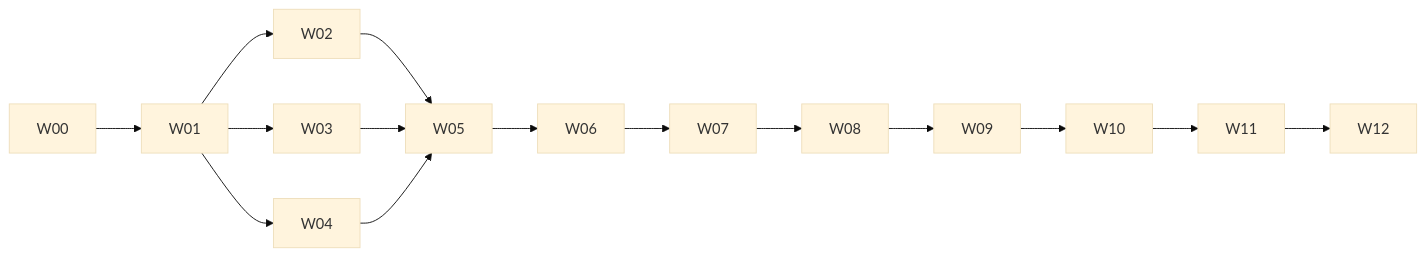
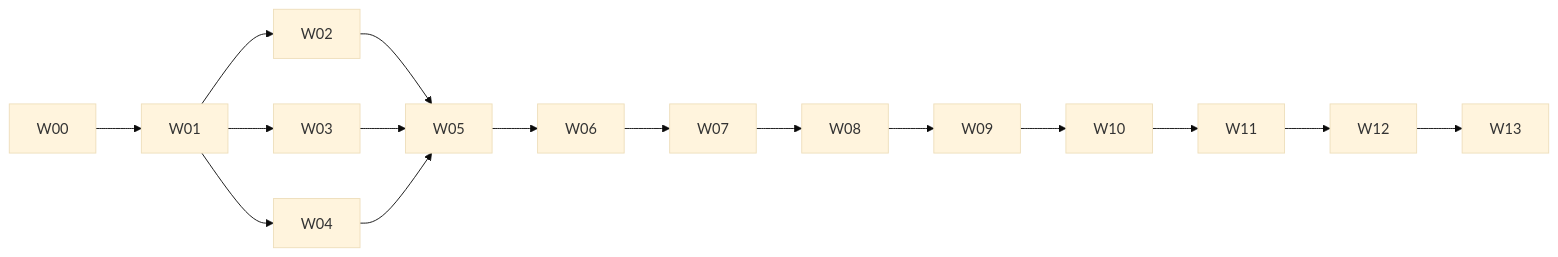
One commit to sisyphe550/Temperature-monitoring changed the diagram in docs/23-execution-task-breakdown.md. Above: the diagram before and after it, drawn with Mermaid (base theme). The commit also changed other lines of this file and 65 other files, not shown here.

````diff
--- a/docs/23-execution-task-breakdown.md
+++ b/docs/23-execution-task-breakdown.md
@@ -59,11 +59,11 @@
 ```mermaid
 flowchart LR
   W00 --> W01
   W01 --> W02
   W01 --> W03
   W01 --> W04
   W02 --> W05
   W03 --> W05
   W04 --> W05
-  W05 --> W06 --> W07 --> W08 --> W09 --> W10 --> W11 --> W12
+  W05 --> W06 --> W07 --> W08 --> W09 --> W10 --> W11 --> W12 --> W13
 ```
````
